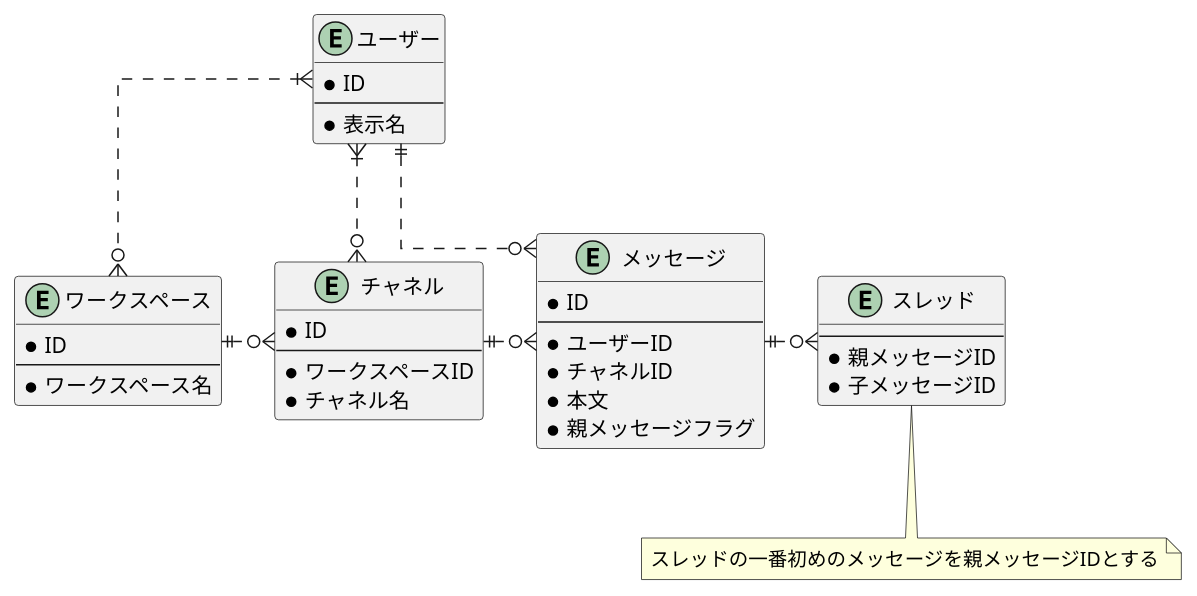
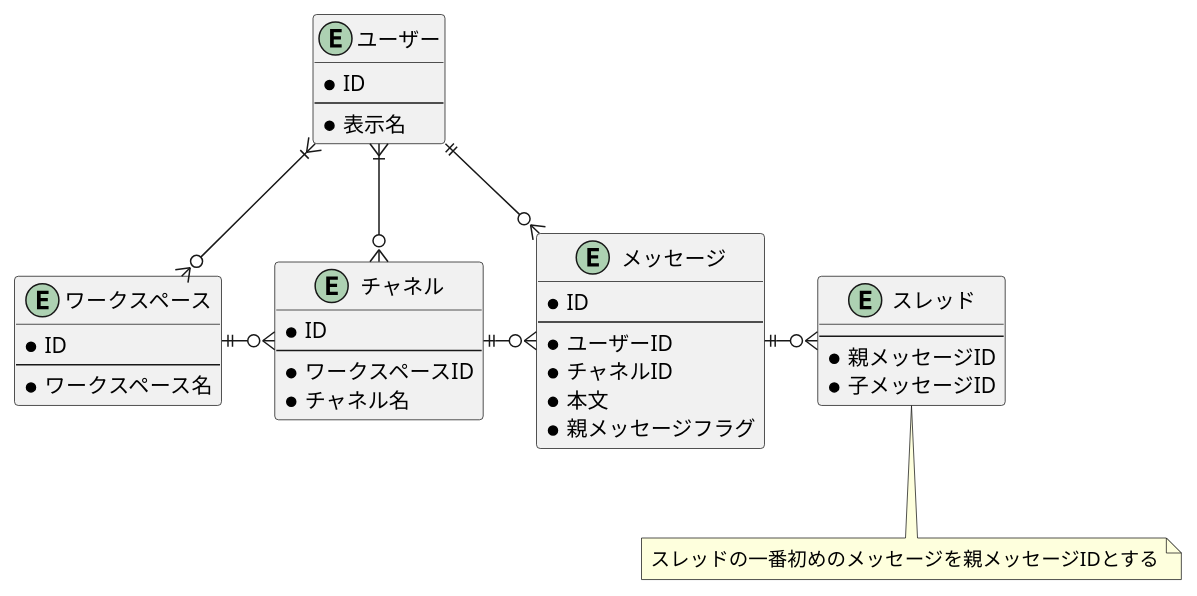
One commit to yudai64/PrAha-Challenge changed the diagram in DB/02/ER.puml. Above: the diagram before and after it, drawn with PlantUML. The commit also changed 1 other file, not shown here.

Commit message:
ER図の線を微修正

```diff
--- a/DB/02/ER.puml
+++ b/DB/02/ER.puml
@@ -1,53 +1,53 @@
 @startuml
 
 ' hide the spot
 ' hide circle
 
 ' avoid problems with angled crows feet
-skinparam linetype ortho
+' skinparam linetype ortho
 
 entity "ワークスペース" {
     *ID
     --
     *ワークスペース名
 }
 
 entity "チャネル" {
     *ID
     --
     *ワークスペースID
     *チャネル名
 }
 
 entity "メッセージ" {
     *ID
     --
     *ユーザーID
     *チャネルID
     *本文
     *親メッセージフラグ
 }
 
 entity "スレッド" {
     --
     *親メッセージID
     *子メッセージID
 }
 
 
 entity "ユーザー" {
     *ID
     --
     *表示名
 }
 
-ワークスペース ||.r.o{ チャネル
-チャネル ||.r.o{ メッセージ
-メッセージ ||.r.o{ スレッド
-ユーザー }|.d.o{ ワークスペース
-ユーザー }|.d.o{ チャネル
-ユーザー ||.d.o{ メッセージ
+ワークスペース ||-r-o{ チャネル
+チャネル ||-r-o{ メッセージ
+メッセージ ||-r-o{ スレッド
+ユーザー }|-d-o{ ワークスペース
+ユーザー }|-d-o{ チャネル
+ユーザー ||-d-o{ メッセージ
 
 note bottom of スレッド : スレッドの一番初めのメッセージを親メッセージIDとする
 
 @enduml
```
